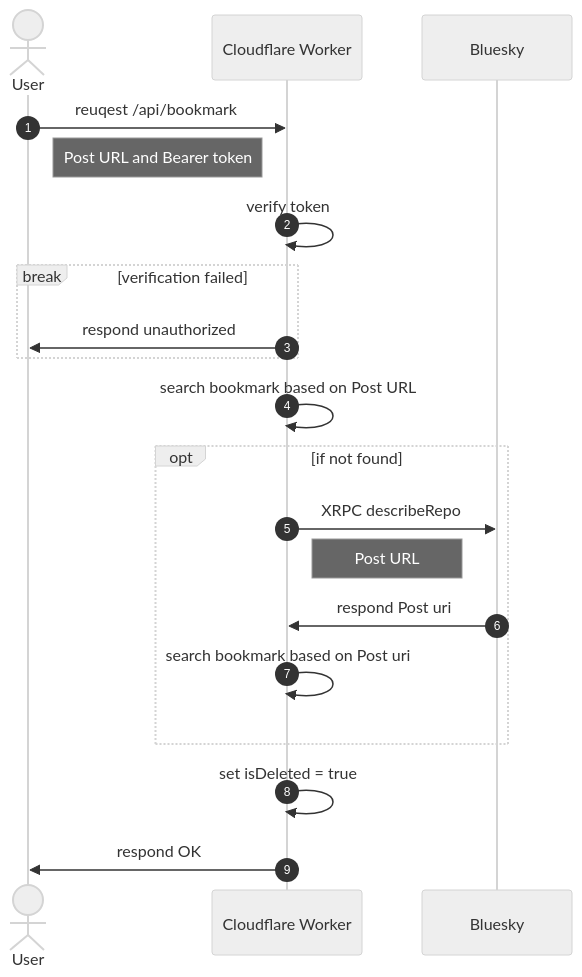
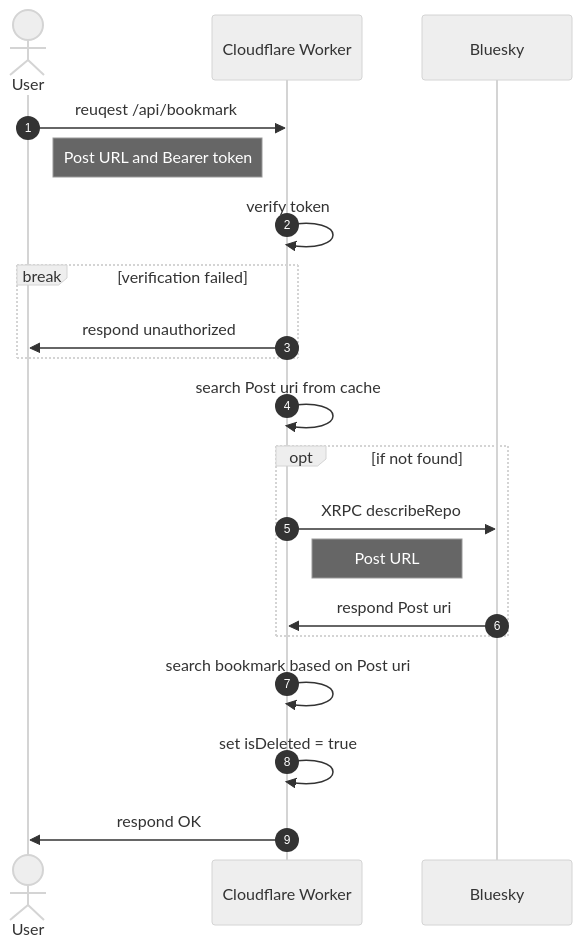
Before and after one commit to mzyy94/bluebookmark: the third of 4 diagrams in README.md, drawn with Mermaid (neutral theme). The commit also changed other lines of this file, not shown here.

Commit message:
Apply PostRecord caching flow to diagrams

````diff
--- a/README.md
+++ b/README.md
@@ -210,22 +210,22 @@
 ```mermaid
 sequenceDiagram
     autonumber
     actor User
     participant Cloudflare as Cloudflare Worker
     participant Bluesky
     User->>Cloudflare: reuqest /api/bookmark
     Note left of Cloudflare: Post URL and Bearer token
     Cloudflare->>Cloudflare: verify token
     break verification failed
         Cloudflare->>User: respond unauthorized
     end
-    Cloudflare->>Cloudflare: search bookmark based on Post URL
+    Cloudflare->>Cloudflare: search Post uri from cache
     opt if not found
         Cloudflare->>Bluesky: XRPC describeRepo
         Note right of Cloudflare: Post URL
         Bluesky->>Cloudflare: respond Post uri
-        Cloudflare->>Cloudflare: search bookmark based on Post uri
     end
+		Cloudflare->>Cloudflare: search bookmark based on Post uri
     Cloudflare->>Cloudflare: set isDeleted = true
     Cloudflare->>User: respond OK
 ```
````
